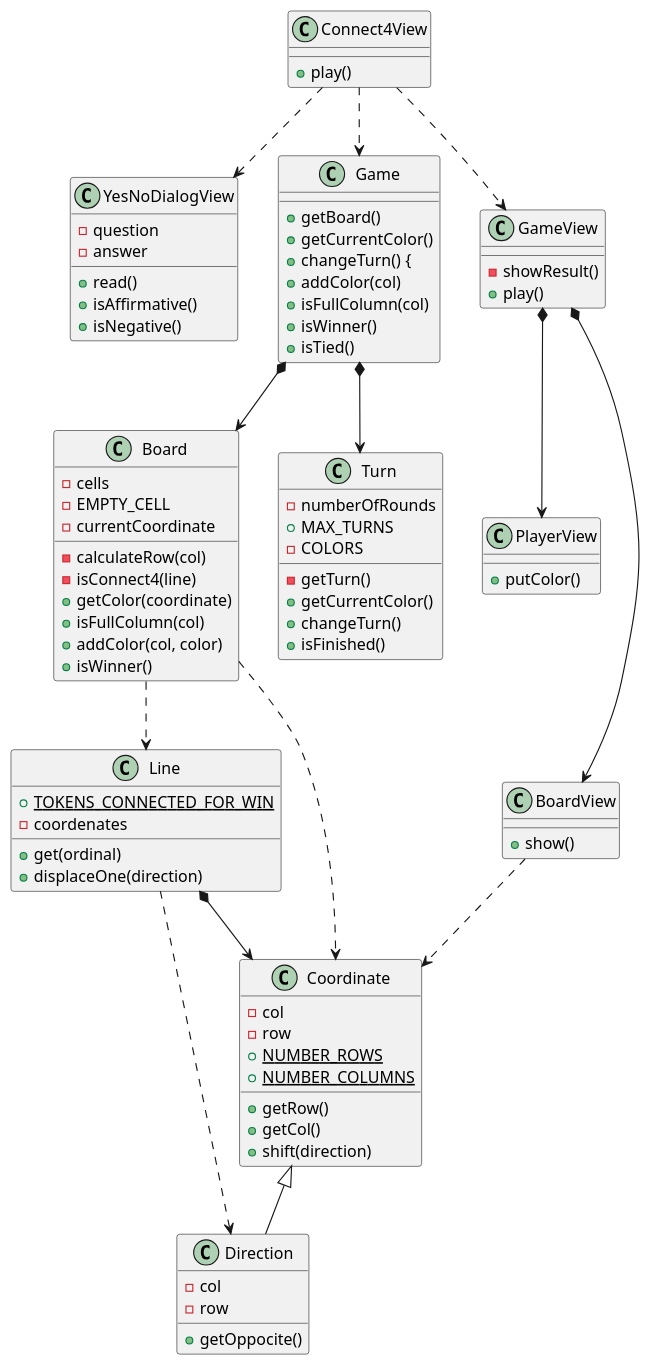
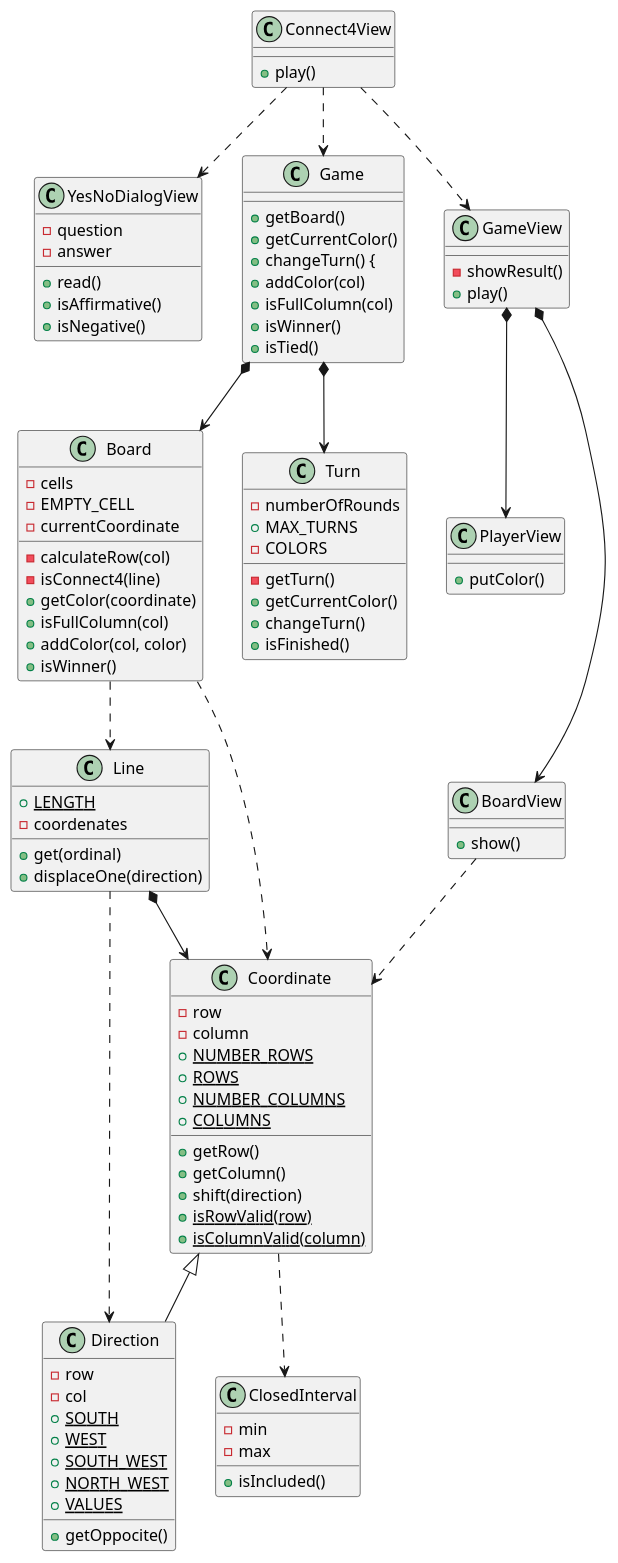
Before and after one commit to Edmundo-Ogaz/connect4: the diagram in con-vistas-separadas/v4/diagramClass.plantuml, drawn with PlantUML. The commit also changed 1 other file, not shown here.

Commit message:
closedInterval

```diff
--- a/con-vistas-separadas/v4/diagramClass.plantuml
+++ b/con-vistas-separadas/v4/diagramClass.plantuml
@@ -1,73 +1,87 @@
 @startuml
 Connect4View ..> YesNoDialogView
 Connect4View ..> Game
 Connect4View ..> GameView
 Connect4View : + play()
 
 YesNoDialogView : - question
 YesNoDialogView : - answer
 YesNoDialogView : + read()
 YesNoDialogView : + isAffirmative()
 YesNoDialogView : + isNegative()
 
 GameView : - showResult()
 GameView : + play()
 GameView *--> PlayerView
 GameView *--> BoardView
 
 PlayerView : + putColor()
 
 BoardView : + show()
 BoardView ..> Coordinate
 
 Game *--> Board
 Game *--> Turn
 Game : + getBoard()
 Game : + getCurrentColor()
 Game : + changeTurn() {
 Game : + addColor(col)
 Game : + isFullColumn(col)
 Game : + isWinner()
 Game : + isTied()
 
 Board ..> Line
 Board ..> Coordinate
 Board : - cells
 Board : - EMPTY_CELL
 Board : - currentCoordinate
 Board : - calculateRow(col)
 Board : - isConnect4(line)
 Board : + getColor(coordinate)
 Board : + isFullColumn(col)
 Board : + addColor(col, color)
 Board : + isWinner()
 
 Turn : - numberOfRounds
 Turn : + MAX_TURNS
 Turn : - COLORS
 Turn : - getTurn()
 Turn : + getCurrentColor()
 Turn : + changeTurn()
 Turn : + isFinished()
 
-Line : + {static} TOKENS_CONNECTED_FOR_WIN
+Line : + {static} LENGTH
 Line *--> Coordinate
 Line : - coordenates
 Line : + get(ordinal)
 Line : + displaceOne(direction)
 Line ..> Direction
 
+Direction : - row
 Direction : - col
-Direction : - row
 Direction : + getOppocite()
+Direction : + {static} SOUTH
+Direction : + {static} WEST
+Direction : + {static} SOUTH_WEST
+Direction : + {static} NORTH_WEST
+Direction : + {static} VALUES
 
-Coordinate : - col
 Coordinate : - row
+Coordinate : - column
 Coordinate : + getRow()
-Coordinate : + getCol()
+Coordinate : + getColumn()
 Coordinate : + shift(direction)
 Coordinate : + {static} NUMBER_ROWS
+Coordinate : + {static} ROWS
 Coordinate : + {static} NUMBER_COLUMNS
+Coordinate : + {static} COLUMNS
+Coordinate : + {static} isRowValid(row)
+Coordinate : + {static} isColumnValid(column)
 Coordinate <|--  Direction
+Coordinate ..>  ClosedInterval
+
+ClosedInterval : - min
+ClosedInterval : - max
+ClosedInterval : + isIncluded()
 
 @enduml
```
